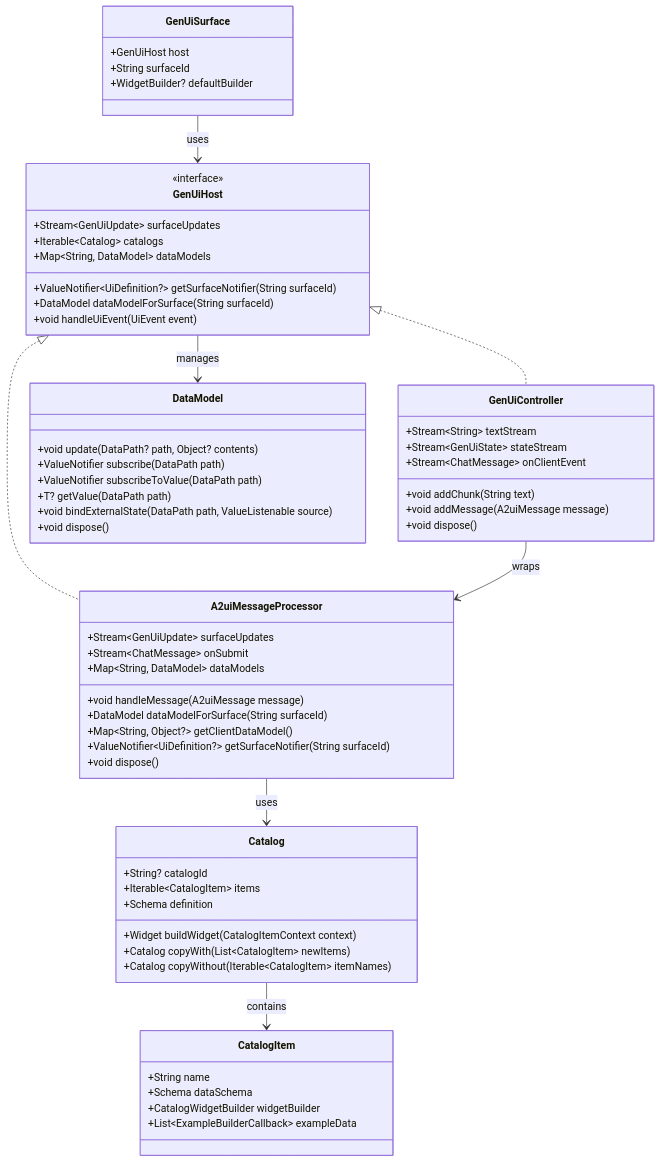
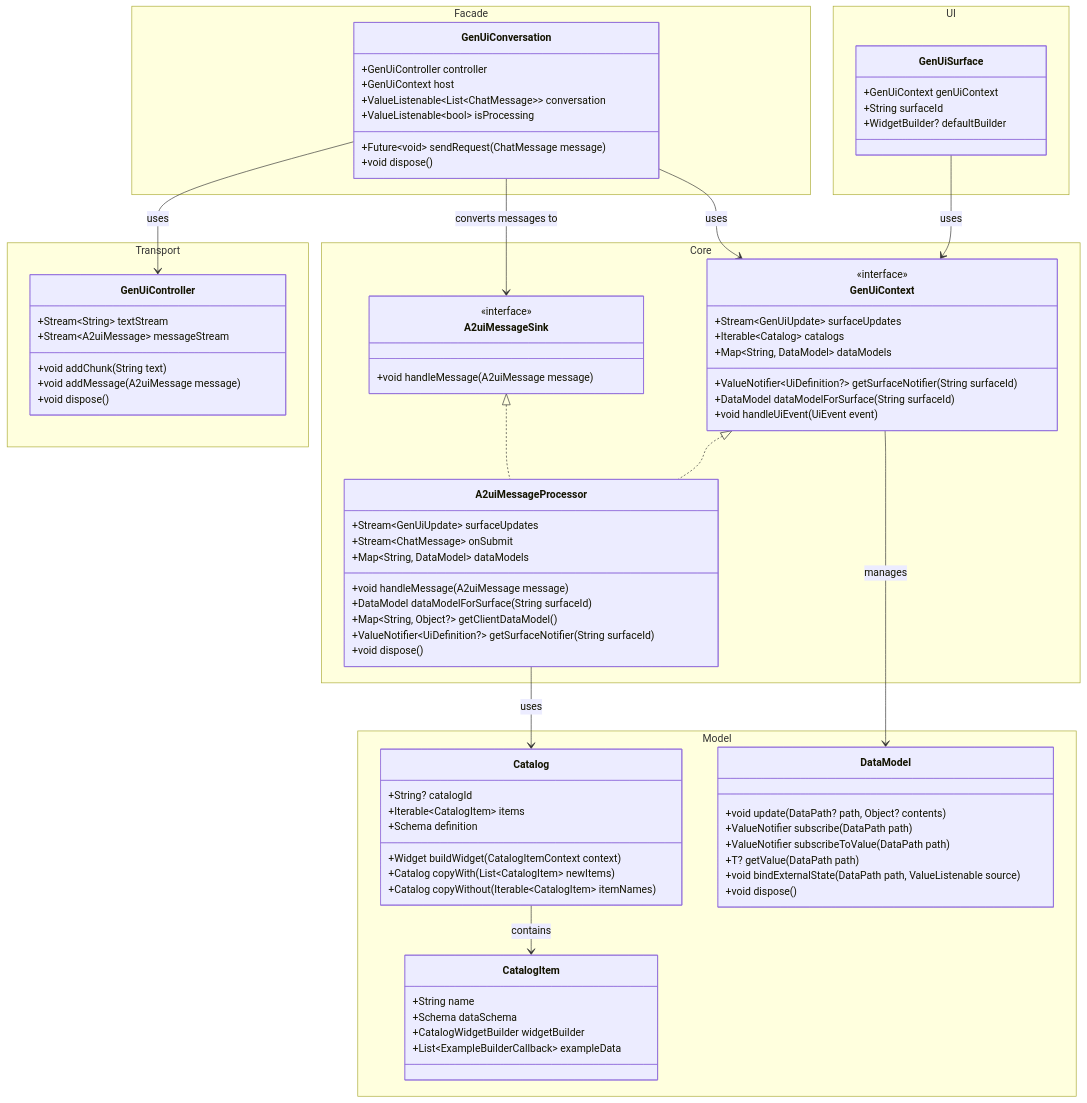
One commit to polina-c/genui changed the diagram in packages/genui/docs/class-diagram.mmd. Above: the diagram before and after it, drawn with Mermaid. The commit also changed 52 other files, not shown here.

```diff
--- a/packages/genui/docs/class-diagram.mmd
+++ b/packages/genui/docs/class-diagram.mmd
@@ -1,69 +1,94 @@
 classDiagram
-    class GenUiHost {
-        <<interface>>
-        +Stream~GenUiUpdate~ surfaceUpdates
-        +ValueNotifier~UiDefinition?~ getSurfaceNotifier(String surfaceId)
-        +Iterable~Catalog~ catalogs
-        +Map~String, DataModel~ dataModels
-        +DataModel dataModelForSurface(String surfaceId)
-        +void handleUiEvent(UiEvent event)
+    namespace Facade {
+        class GenUiConversation {
+            +GenUiController controller
+            +GenUiContext host
+            +ValueListenable~List~ChatMessage~~ conversation
+            +ValueListenable~bool~ isProcessing
+            +Future~void~ sendRequest(ChatMessage message)
+            +void dispose()
+        }
     }
 
-    class A2uiMessageProcessor {
-        +void handleMessage(A2uiMessage message)
-        +Stream~GenUiUpdate~ surfaceUpdates
-        +Stream~ChatMessage~ onSubmit
-        +Map~String, DataModel~ dataModels
-        +DataModel dataModelForSurface(String surfaceId)
-        +Map~String, Object?~ getClientDataModel()
-        +ValueNotifier~UiDefinition?~ getSurfaceNotifier(String surfaceId)
-        +void dispose()
+    namespace Transport {
+        class GenUiController {
+            +void addChunk(String text)
+            +void addMessage(A2uiMessage message)
+            +Stream~String~ textStream
+            +Stream~A2uiMessage~ messageStream
+            +void dispose()
+        }
     }
 
-    class GenUiController {
-        +void addChunk(String text)
-        +void addMessage(A2uiMessage message)
-        +Stream~String~ textStream
-        +Stream~GenUiState~ stateStream
-        +Stream~ChatMessage~ onClientEvent
-        +void dispose()
+    namespace Core {
+        class GenUiContext {
+            <<interface>>
+            +Stream~GenUiUpdate~ surfaceUpdates
+            +ValueNotifier~UiDefinition?~ getSurfaceNotifier(String surfaceId)
+            +Iterable~Catalog~ catalogs
+            +Map~String, DataModel~ dataModels
+            +DataModel dataModelForSurface(String surfaceId)
+            +void handleUiEvent(UiEvent event)
+        }
+
+        class A2uiMessageSink {
+            <<interface>>
+            +void handleMessage(A2uiMessage message)
+        }
+
+        class A2uiMessageProcessor {
+            +void handleMessage(A2uiMessage message)
+            +Stream~GenUiUpdate~ surfaceUpdates
+            +Stream~ChatMessage~ onSubmit
+            +Map~String, DataModel~ dataModels
+            +DataModel dataModelForSurface(String surfaceId)
+            +Map~String, Object?~ getClientDataModel()
+            +ValueNotifier~UiDefinition?~ getSurfaceNotifier(String surfaceId)
+            +void dispose()
+        }
     }
 
-    class GenUiSurface {
-        +GenUiHost host
-        +String surfaceId
-        +WidgetBuilder? defaultBuilder
+    namespace UI {
+        class GenUiSurface {
+            +GenUiContext genUiContext
+            +String surfaceId
+            +WidgetBuilder? defaultBuilder
+        }
     }
 
-    class Catalog {
-        +String? catalogId
-        +Iterable~CatalogItem~ items
-        +Schema definition
-        +Widget buildWidget(CatalogItemContext context)
-        +Catalog copyWith(List~CatalogItem~ newItems)
-        +Catalog copyWithout(Iterable~CatalogItem~ itemNames)
+    namespace Model {
+        class Catalog {
+            +String? catalogId
+            +Iterable~CatalogItem~ items
+            +Schema definition
+            +Widget buildWidget(CatalogItemContext context)
+            +Catalog copyWith(List~CatalogItem~ newItems)
+            +Catalog copyWithout(Iterable~CatalogItem~ itemNames)
+        }
+
+        class CatalogItem {
+            +String name
+            +Schema dataSchema
+            +CatalogWidgetBuilder widgetBuilder
+            +List~ExampleBuilderCallback~ exampleData
+        }
+
+        class DataModel {
+            +void update(DataPath? path, Object? contents)
+            +ValueNotifier subscribe(DataPath path)
+            +ValueNotifier subscribeToValue(DataPath path)
+            +T? getValue(DataPath path)
+            +void bindExternalState(DataPath path, ValueListenable source)
+            +void dispose()
+        }
     }
 
-    class CatalogItem {
-        +String name
-        +Schema dataSchema
-        +CatalogWidgetBuilder widgetBuilder
-        +List~ExampleBuilderCallback~ exampleData
-    }
-
-    class DataModel {
-        +void update(DataPath? path, Object? contents)
-        +ValueNotifier subscribe(DataPath path)
-        +ValueNotifier subscribeToValue(DataPath path)
-        +T? getValue(DataPath path)
-        +void bindExternalState(DataPath path, ValueListenable source)
-        +void dispose()
-    }
-
-    GenUiHost <|.. A2uiMessageProcessor
-    GenUiHost <|.. GenUiController
-    GenUiController --> A2uiMessageProcessor : wraps
-    GenUiSurface --> GenUiHost : uses
+    GenUiContext <|.. A2uiMessageProcessor
+    A2uiMessageSink <|.. A2uiMessageProcessor
+    GenUiSurface --> GenUiContext : uses
+    Catalog --> CatalogItem : contains
+    GenUiContext --> DataModel : manages
+    GenUiConversation --> GenUiController : uses
+    GenUiConversation --> GenUiContext : uses
+    GenUiConversation --> A2uiMessageSink : converts messages to
     A2uiMessageProcessor --> Catalog : uses
-    Catalog --> CatalogItem : contains
-    GenUiHost --> DataModel : manages
```
